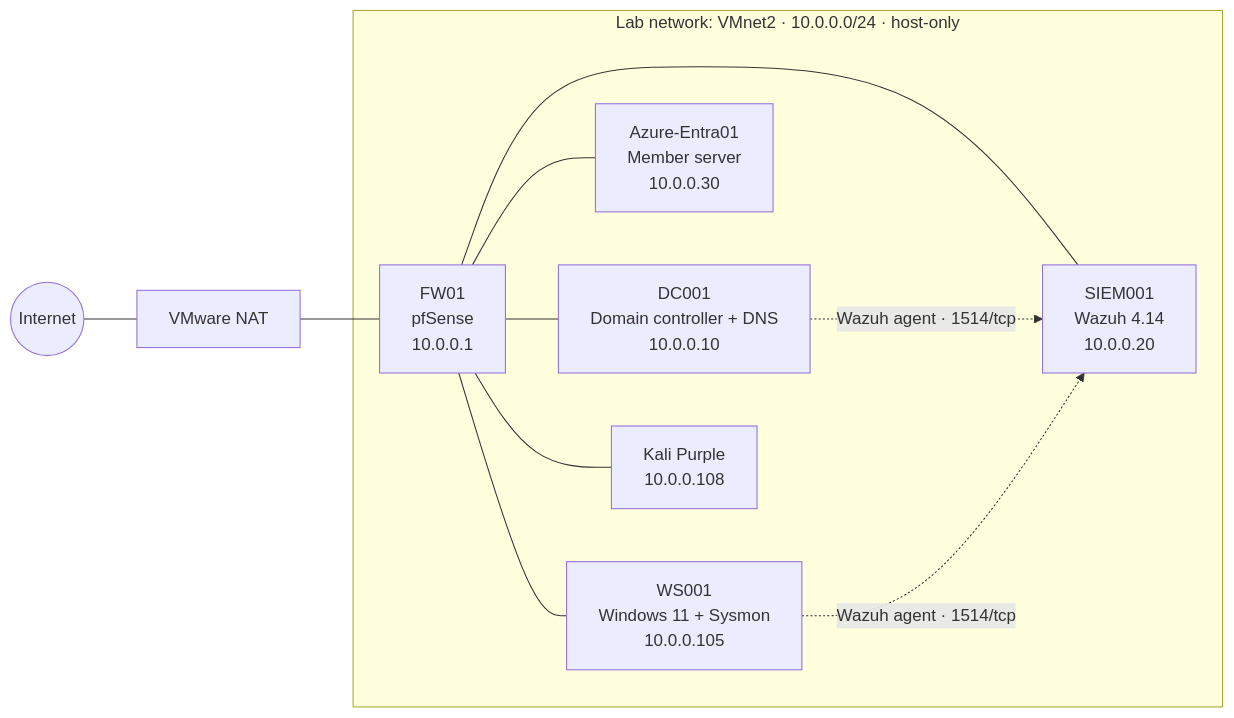
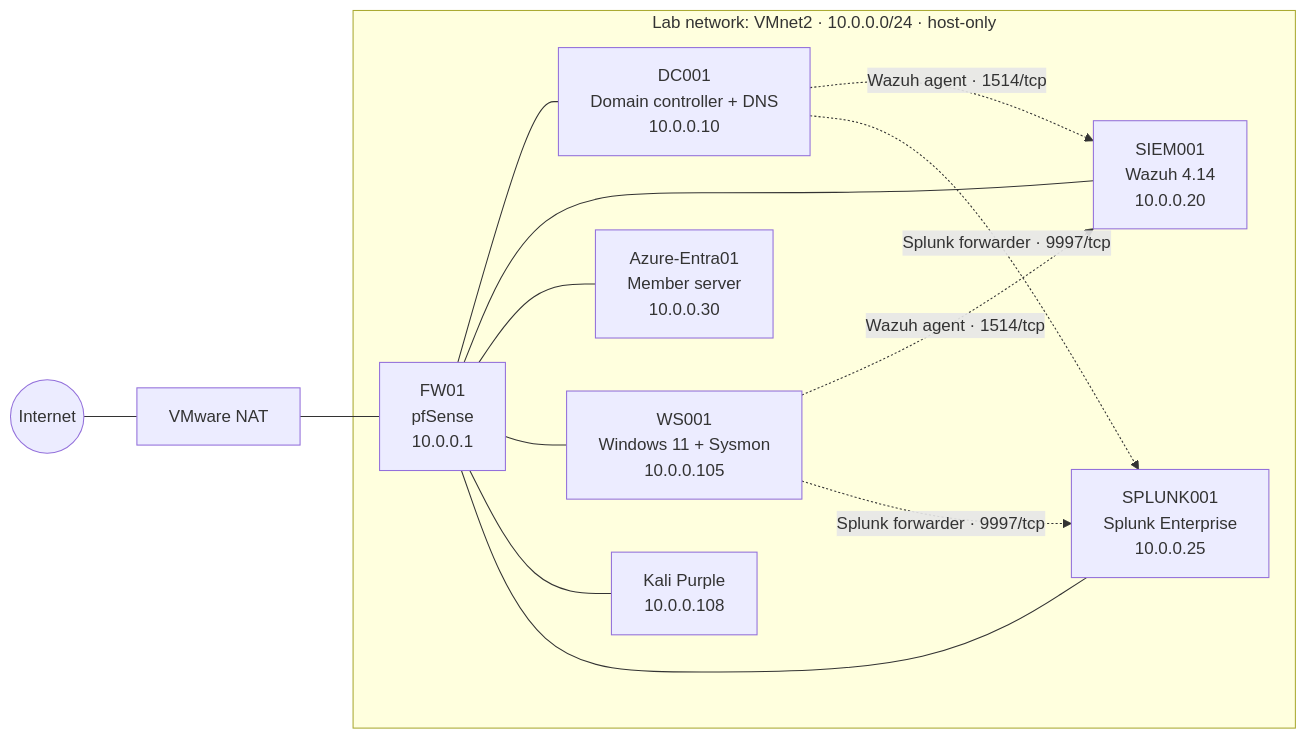
Before and after one commit to Ddeisrael12/home-soc-lab: the diagram in README.md, drawn with Mermaid. The commit also changed other lines of this file, not shown here.

````diff
--- a/README.md
+++ b/README.md
@@ -18,14 +18,17 @@
 ```mermaid
 flowchart LR
     internet((Internet)) --- nat[VMware NAT]
     nat --- fw["FW01<br/>pfSense<br/>10.0.0.1"]
     subgraph lab["Lab network: VMnet2 · 10.0.0.0/24 · host-only"]
         fw --- dc["DC001<br/>Domain controller + DNS<br/>10.0.0.10"]
         fw --- siem["SIEM001<br/>Wazuh 4.14<br/>10.0.0.20"]
         fw --- srv["Azure-Entra01<br/>Member server<br/>10.0.0.30"]
         fw --- ws["WS001<br/>Windows 11 + Sysmon<br/>10.0.0.105"]
         fw --- kali["Kali Purple<br/>10.0.0.108"]
+        fw --- spl["SPLUNK001<br/>Splunk Enterprise<br/>10.0.0.25"]
     end
     dc -. "Wazuh agent · 1514/tcp" .-> siem
     ws -. "Wazuh agent · 1514/tcp" .-> siem
+    dc -. "Splunk forwarder · 9997/tcp" .-> spl
+    ws -. "Splunk forwarder · 9997/tcp" .-> spl
 ```
````
